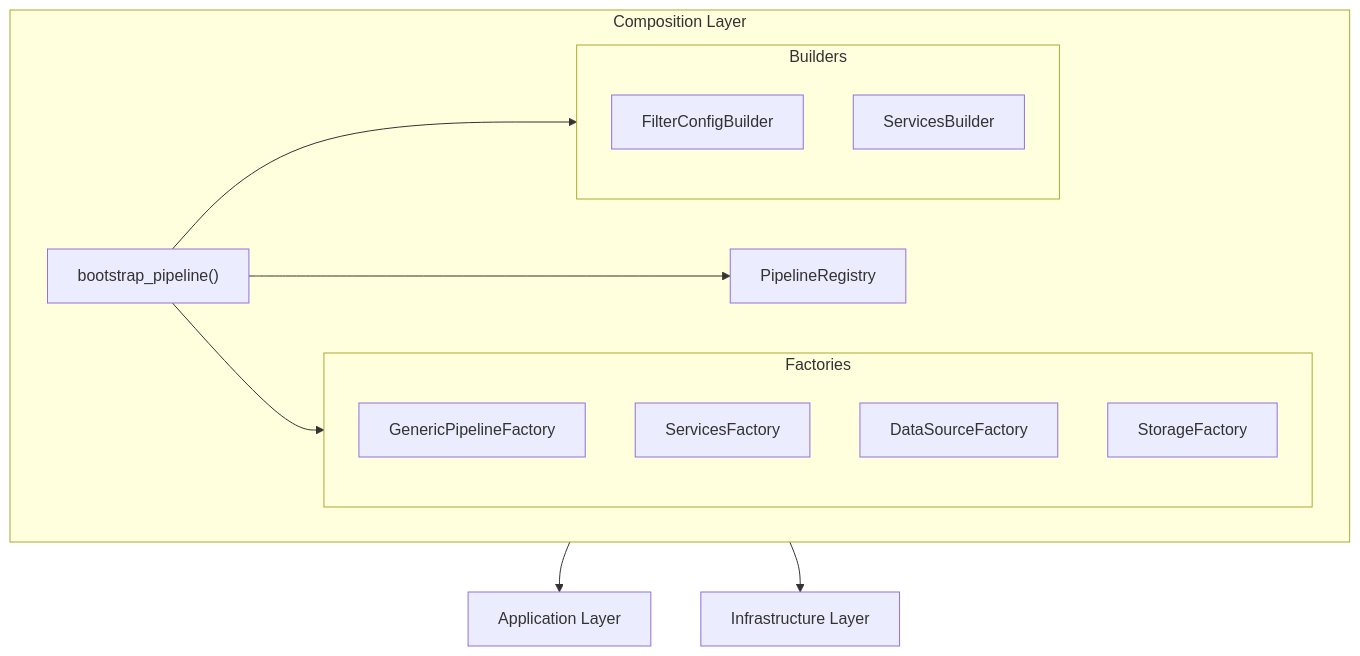
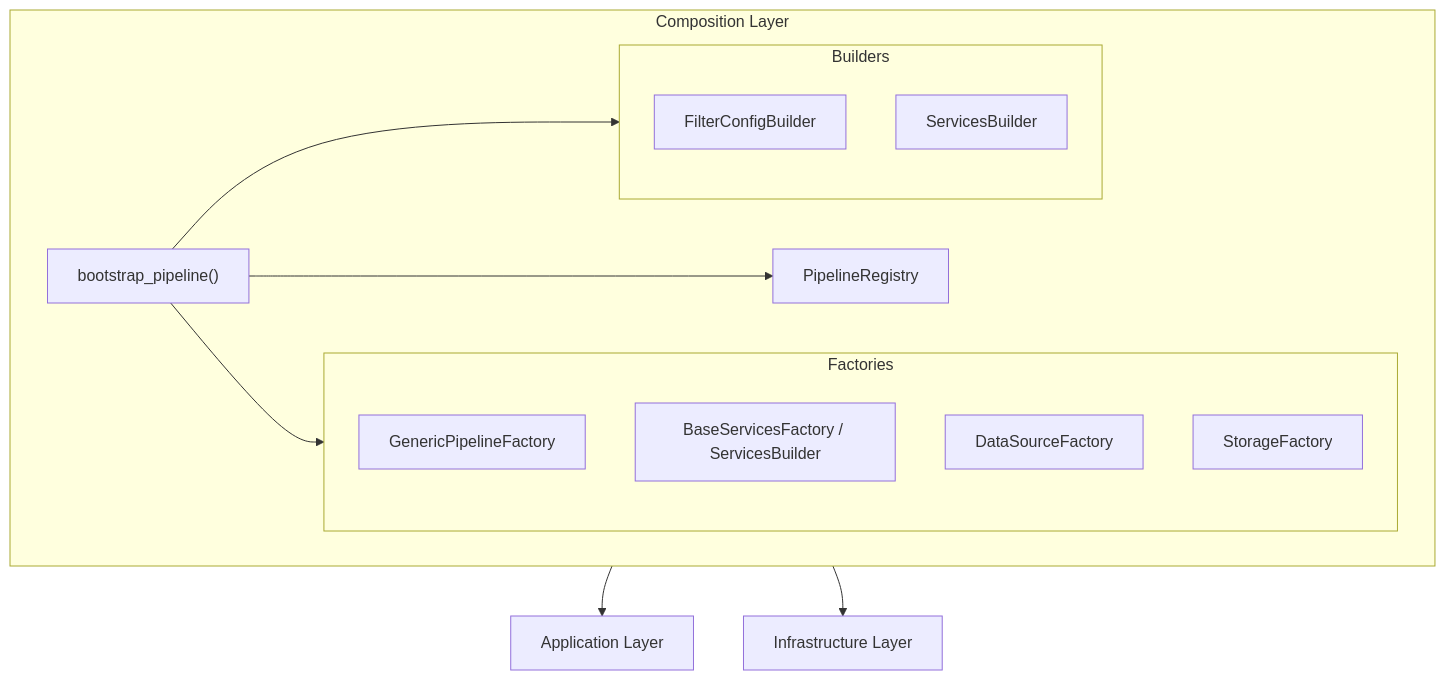
The diagram in docs/04-reference/api/composition.md (SatoryKono/BioactivityDataAcquisition), drawn with Mermaid before and after one commit. The commit also changed other lines of this file and 41 other files, not shown here.

Commit message:
docs: sync architecture and runbook references with codebase

````diff
--- a/docs/04-reference/api/composition.md
+++ b/docs/04-reference/api/composition.md
@@ -7,26 +7,26 @@
 ```mermaid
 flowchart TB
     subgraph Composition["Composition Layer"]
         Bootstrap["bootstrap_pipeline()"]
         Registry["PipelineRegistry"]
 
         subgraph Factories["Factories"]
             PF[GenericPipelineFactory]
-            SF[ServicesFactory]
+            SF[BaseServicesFactory / ServicesBuilder]
             DF[DataSourceFactory]
             StF[StorageFactory]
         end
 
         subgraph Builders["Builders"]
             FB[FilterConfigBuilder]
             SB[ServicesBuilder]
         end
 
         Bootstrap --> Registry
         Bootstrap --> Factories
         Bootstrap --> Builders
     end
 
     Composition --> Application["Application Layer"]
     Composition --> Infrastructure["Infrastructure Layer"]
 ```
````
